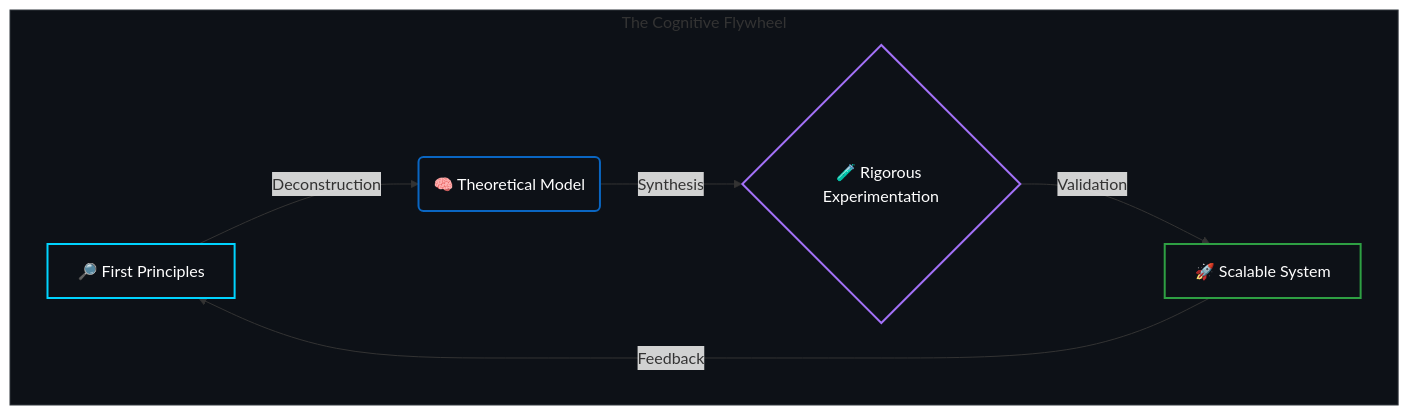
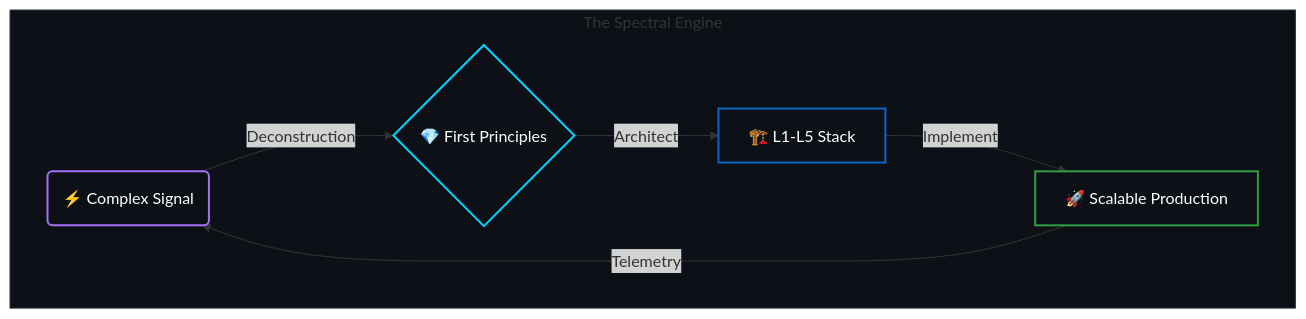
The second of 2 diagrams in README.MD (DaviBonetto/DaviBonetto), drawn with Mermaid before and after one commit. The commit also changed other lines of this file, not shown here.

Commit message:
feat: redesign engineering methodology

````diff
--- a/README.MD
+++ b/README.MD
@@ -111,14 +111,14 @@
 ```mermaid
 graph TD
-    subgraph S1 [The Cognitive Flywheel]
-    A[🔎 First Principles] -->|Deconstruction| B(🧠 Theoretical Model)
-    B -->|Synthesis| C{🧪 Rigorous Experimentation}
-    C -->|Validation| D[🚀 Scalable System]
-    D -->|Feedback| A
+    subgraph S1 [The Spectral Engine]
+    P(⚡ Complex Signal) -->|Deconstruction| D{💎 First Principles}
+    D -->|Architect| A[🏗️ L1-L5 Stack]
+    A -->|Implement| S[🚀 Scalable Production]
+    S -->|Telemetry| P
     end
     style S1 fill:#0D1117,stroke:#30363d,stroke-width:1px
-    style A fill:#0D1117,stroke:#00D4FF,stroke-width:2px,color:#fff
-    style B fill:#0D1117,stroke:#0A66C2,stroke-width:2px,color:#fff
-    style C fill:#0D1117,stroke:#A371F7,stroke-width:2px,color:#fff
-    style D fill:#0D1117,stroke:#2EA043,stroke-width:2px,color:#fff
+    style P fill:#0D1117,stroke:#A371F7,stroke-width:2px,color:#fff
+    style D fill:#0D1117,stroke:#00D4FF,stroke-width:2px,color:#fff
+    style A fill:#0D1117,stroke:#0A66C2,stroke-width:2px,color:#fff
+    style S fill:#0D1117,stroke:#2EA043,stroke-width:2px,color:#fff
 ```
````
